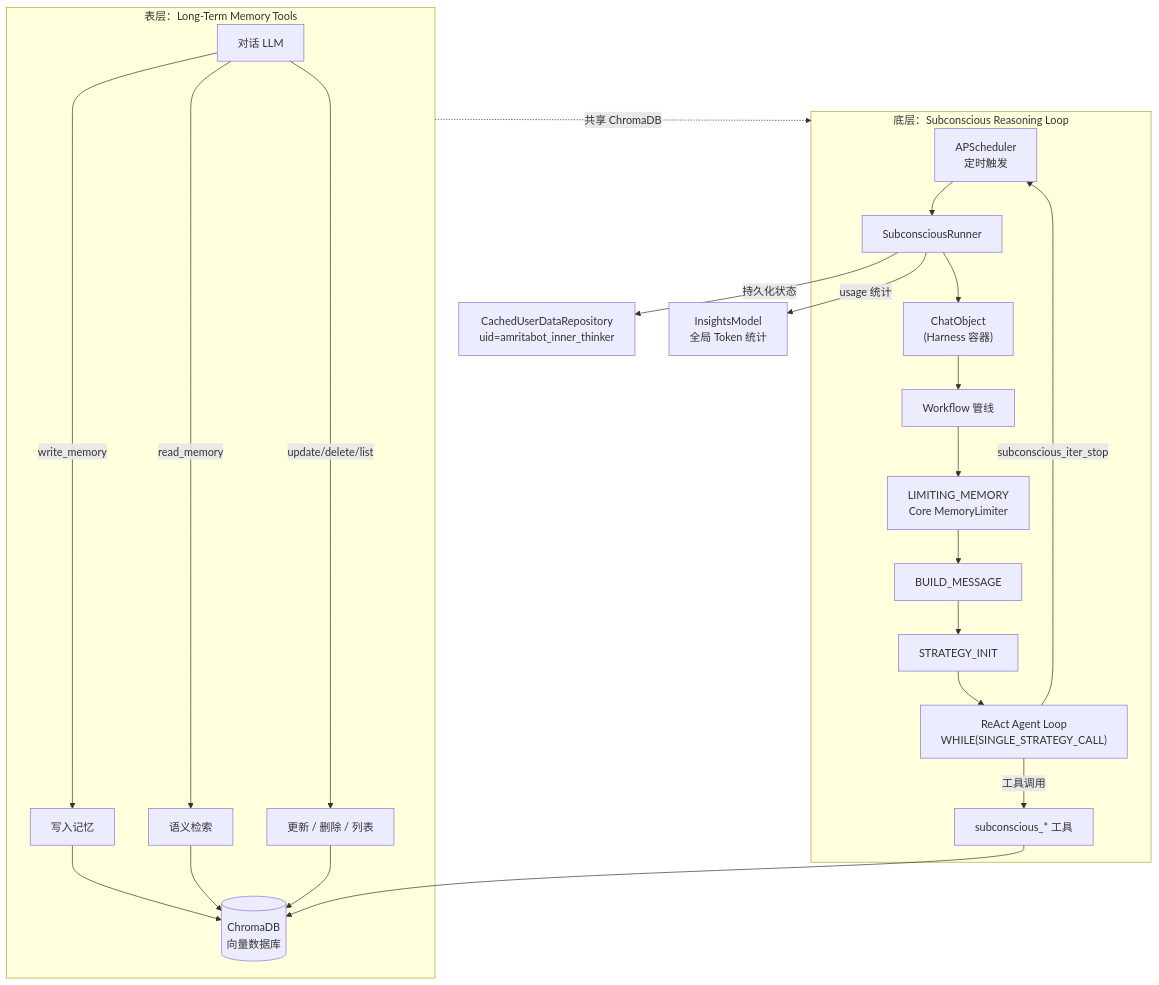
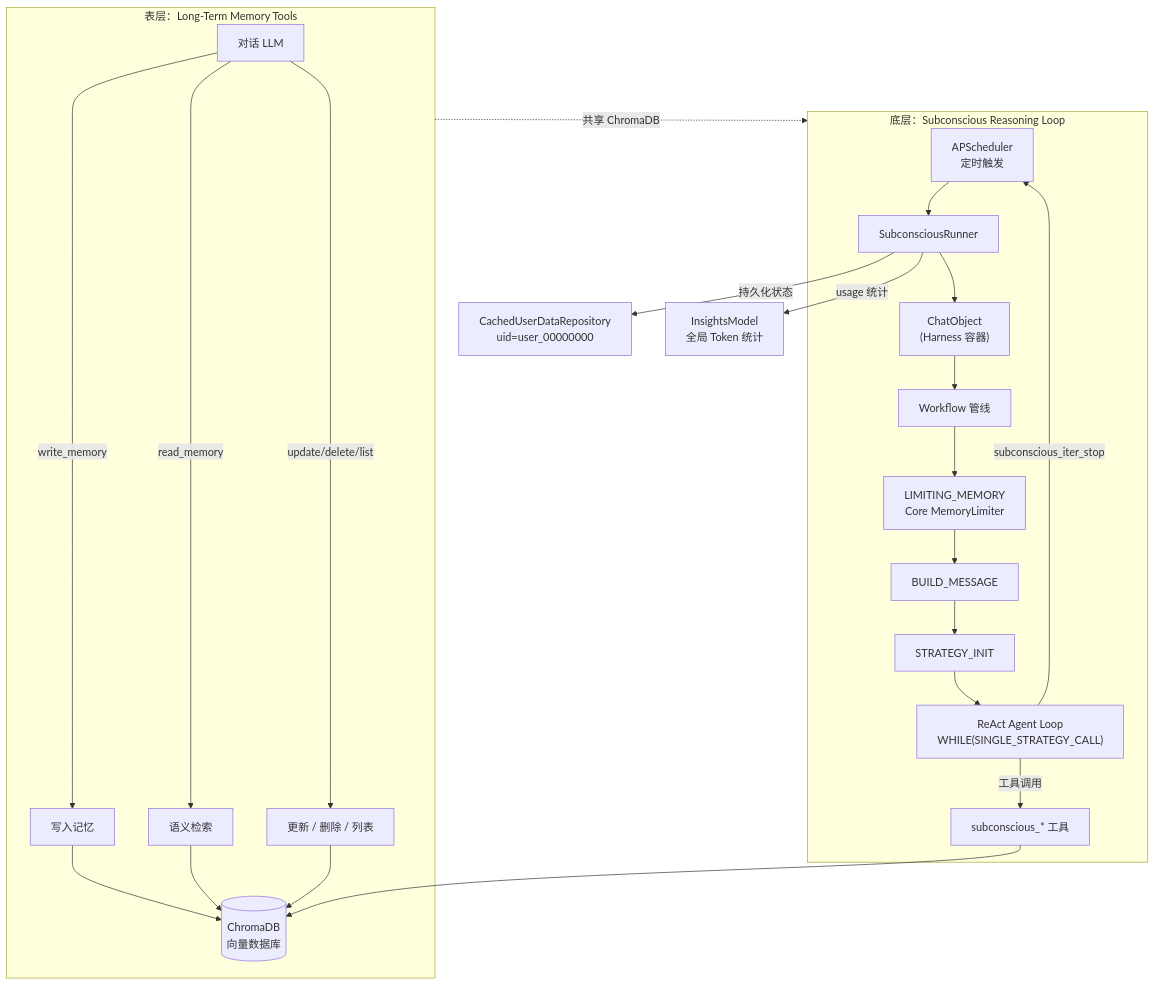
Before and after one commit to AmritaBot/plugin-memory: the diagram in README.md, drawn with Mermaid. The commit also changed other lines of this file and 2 other files, not shown here.

````diff
--- a/README.md
+++ b/README.md
@@ -10,28 +10,28 @@
 ```mermaid
 flowchart TB
     subgraph Surface["表层：Long-Term Memory Tools"]
         S_LLM["对话 LLM"] -->|"write_memory"| S_Write["写入记忆"]
         S_LLM -->|"read_memory"| S_Read["语义检索"]
         S_LLM -->|"update/delete/list"| S_Mut["更新 / 删除 / 列表"]
         S_Write --> ChromaDB[("ChromaDB<br/>向量数据库")]
         S_Read --> ChromaDB
         S_Mut --> ChromaDB
     end
 
     subgraph Subconscious["底层：Subconscious Reasoning Loop"]
         APScheduler["APScheduler<br/>定时触发"] --> Runner["SubconsciousRunner"]
         Runner --> ChatObject["ChatObject<br/>(Harness 容器)"]
         ChatObject --> WF["Workflow 管线"]
         WF --> LM["LIMITING_MEMORY<br/>Core MemoryLimiter"]
         LM --> Build["BUILD_MESSAGE"]
         Build --> Init["STRATEGY_INIT"]
         Init --> AgentLoop["ReAct Agent Loop<br/>WHILE(SINGLE_STRATEGY_CALL)"]
         AgentLoop -->|"工具调用"| STools["subconscious_* 工具"]
         STools --> ChromaDB
         AgentLoop -->|"subconscious_iter_stop"| APScheduler
     end
 
     Surface -.->|"共享 ChromaDB"| Subconscious
-    Runner -->|"持久化状态"| CachedRepo["CachedUserDataRepository<br/>uid=amritabot_inner_thinker"]
+    Runner -->|"持久化状态"| CachedRepo["CachedUserDataRepository<br/>uid=user_00000000"]
     Runner -->|"usage 统计"| Insights["InsightsModel<br/>全局 Token 统计"]
 ```
````
